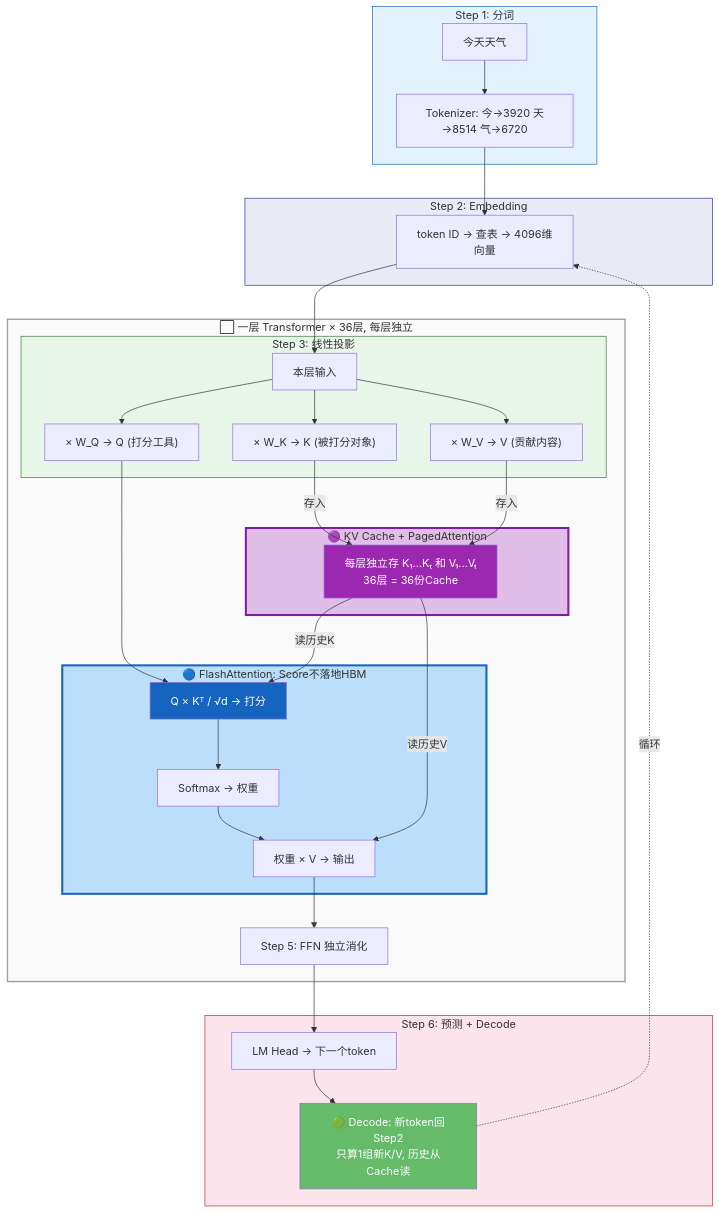
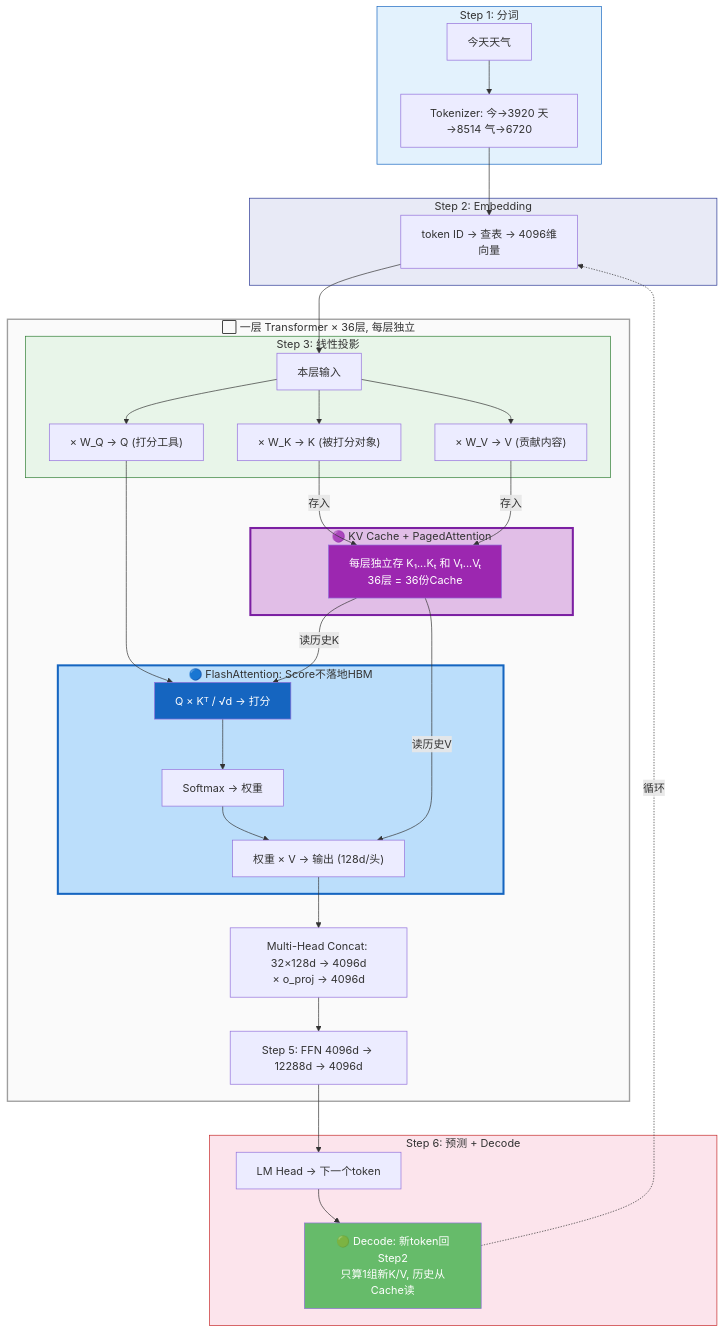
Before and after one commit to david-xinyuwei/david-share: the diagram in Deep-Learning/KV-Cache-Deep-Dive/README-CN.md, drawn with Mermaid. The commit also changed other lines of this file and 1 other file, not shown here.

Commit message:
Fix FFN dimensions, add Multi-Head Concat step, explain per-layer KV Cache independence

````diff
--- a/Deep-Learning/KV-Cache-Deep-Dive/README-CN.md
+++ b/Deep-Learning/KV-Cache-Deep-Dive/README-CN.md
@@ -271,59 +274,61 @@
 ```mermaid
 graph TD
     subgraph S1["Step 1: 分词"]
         INPUT["今天天气"] --> TOK["Tokenizer: 今→3920 天→8514 气→6720"]
     end
 
     subgraph S2["Step 2: Embedding"]
         TOK --> EMB["token ID → 查表 → 4096维向量"]
     end
 
     subgraph LAYER["⬜ 一层 Transformer × 36层, 每层独立"]
 
         subgraph S3["Step 3: 线性投影"]
             EMB2["本层输入"] --> WQ["× W_Q → Q (打分工具)"]
             EMB2 --> WK["× W_K → K (被打分对象)"]
             EMB2 --> WV["× W_V → V (贡献内容)"]
         end
 
         subgraph KVC["🟣 KV Cache + PagedAttention"]
             KC["每层独立存 K₁...Kₜ 和 V₁...Vₜ<br/>36层 = 36份Cache"]
         end
 
         subgraph FA["🔵 FlashAttention: Score不落地HBM"]
             SCORE["Q × Kᵀ / √d → 打分"]
             SOFT["Softmax → 权重"]
-            OUT["权重 × V → 输出"]
+            OUT["权重 × V → 输出 (128d/头)"]
             SCORE --> SOFT --> OUT
         end
 
-        S5["Step 5: FFN 独立消化"]
+        CONCAT["Multi-Head Concat: 32×128d → 4096d<br/>× o_proj → 4096d"]
+        S5["Step 5: FFN 4096d → 12288d → 4096d"]
     end
 
     subgraph S6["Step 6: 预测 + Decode"]
         PREDICT["LM Head → 下一个token"]
         LOOP["🟢 Decode: 新token回Step2<br/>只算1组新K/V, 历史从Cache读"]
     end
 
     EMB --> EMB2
     WK -->|"存入"| KC
     WV -->|"存入"| KC
     WQ --> SCORE
     KC -->|"读历史K"| SCORE
     KC -->|"读历史V"| OUT
-    OUT --> S5
+    OUT --> CONCAT
+    CONCAT --> S5
     S5 --> PREDICT
     PREDICT --> LOOP
     LOOP -.->|"循环"| EMB
 
     style S1 fill:#E3F2FD,stroke:#1565C0
     style S2 fill:#E8EAF6,stroke:#283593
     style S3 fill:#E8F5E9,stroke:#2E7D32
     style KVC fill:#E1BEE7,stroke:#7B1FA2,stroke-width:3px
     style FA fill:#BBDEFB,stroke:#1565C0,stroke-width:3px
     style LAYER fill:#FAFAFA,stroke:#9E9E9E,stroke-width:2px
     style S6 fill:#FCE4EC,stroke:#C62828
     style KC fill:#9C27B0,color:#fff
     style SCORE fill:#1565C0,color:#fff
     style LOOP fill:#66BB6A,color:#fff
 ```
````
